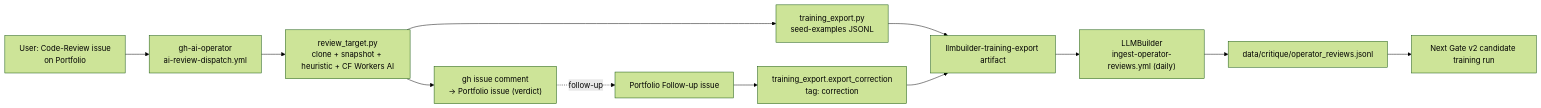
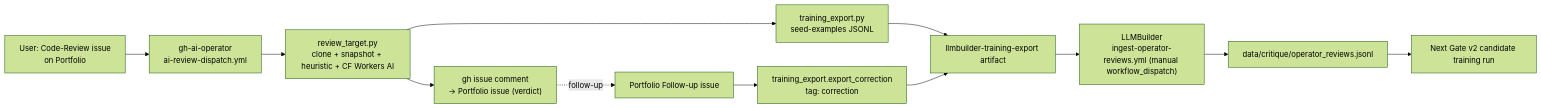
Before and after one commit to GareBear99/arc-neuron-llmbuilder-v1.0.0: the diagram in docs/LIVE_DEPLOYMENT_LEARNING.md, drawn with Mermaid (forest theme). The commit also changed other lines of this file and 2 other files, not shown here.

Commit message:
Align ingest docs with manual workflow (#9)
* Align ingest docs with manual workflow

* Fix manual ingest diagram label

````diff
--- a/docs/LIVE_DEPLOYMENT_LEARNING.md
+++ b/docs/LIVE_DEPLOYMENT_LEARNING.md
@@ -9,14 +9,14 @@
 ```mermaid
 flowchart LR
     A["User: Code-Review issue<br/>on Portfolio"] --> B["gh-ai-operator<br/>ai-review-dispatch.yml"]
     B --> C["review_target.py<br/>clone + snapshot + heuristic + CF Workers AI"]
     C --> D["gh issue comment<br/>→ Portfolio issue (verdict)"]
     C --> E["training_export.py<br/>seed-examples JSONL"]
     E --> F["llmbuilder-training-export artifact"]
-    F --> G["LLMBuilder<br/>ingest-operator-reviews.yml (daily)"]
+    F --> G["LLMBuilder<br/>ingest-operator-reviews.yml (manual workflow_dispatch)"]
     G --> H["data/critique/operator_reviews.jsonl"]
     H --> I["Next Gate v2 candidate training run"]
     D -.follow-up.-> J["Portfolio Follow-up issue"]
     J --> K["training_export.export_correction<br/>tag: correction"]
     K --> F
 ```
````
